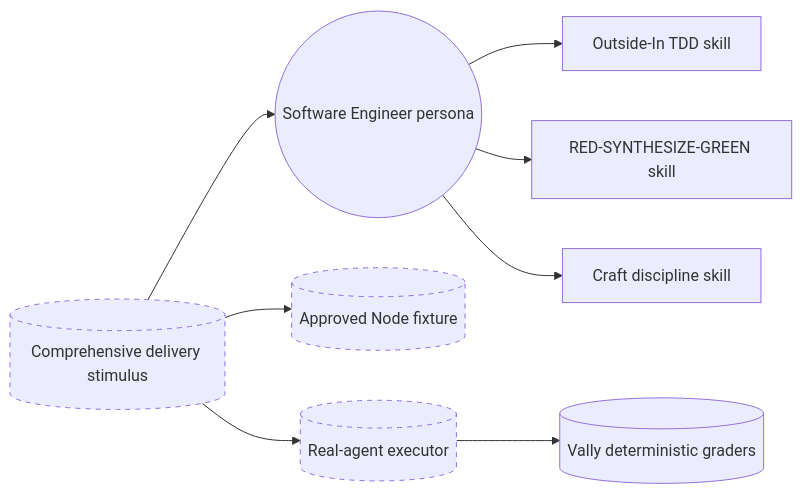
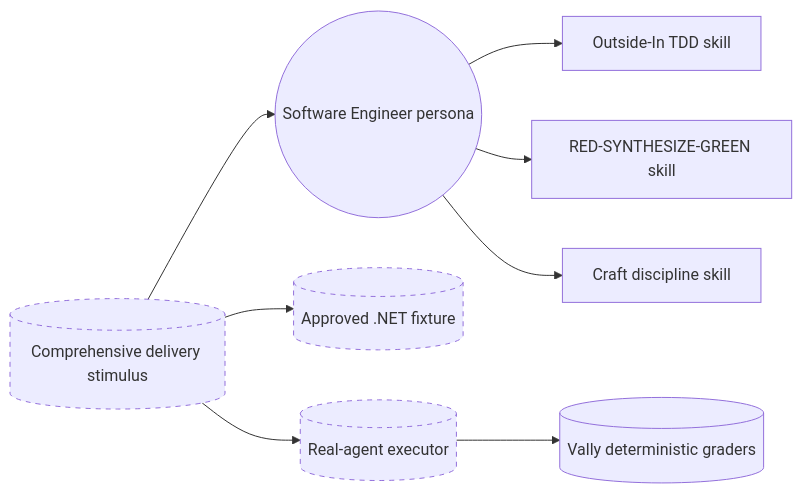
Diagram 11 of 13 in .copilot-tracking/genesis-plans/skraft-agent-behavior/plan.md (SebastienDegodez/skraft-plugin), drawn with Mermaid before and after one commit. The commit also changed other lines of this file and 28 other files, not shown here.

````diff
--- a/.copilot-tracking/genesis-plans/skraft-agent-behavior/plan.md
+++ b/.copilot-tracking/genesis-plans/skraft-agent-behavior/plan.md
@@ -354,19 +355,19 @@
 ```mermaid
 flowchart LR
         P((Software Engineer persona))
         O[Outside-In TDD skill]
         R[RED-SYNTHESIZE-GREEN skill]
         C[Craft discipline skill]
         S[(Comprehensive delivery stimulus)]:::new
-        F[(Approved Node fixture)]:::new
+        F[(Approved .NET fixture)]:::new
         E[(Real-agent executor)]:::new
         G[(Vally deterministic graders)]
         S --> P
         S --> F
         S --> E
         P --> O
         P --> R
         P --> C
         E --> G
         classDef new stroke-dasharray: 5 5;
 ```
````
